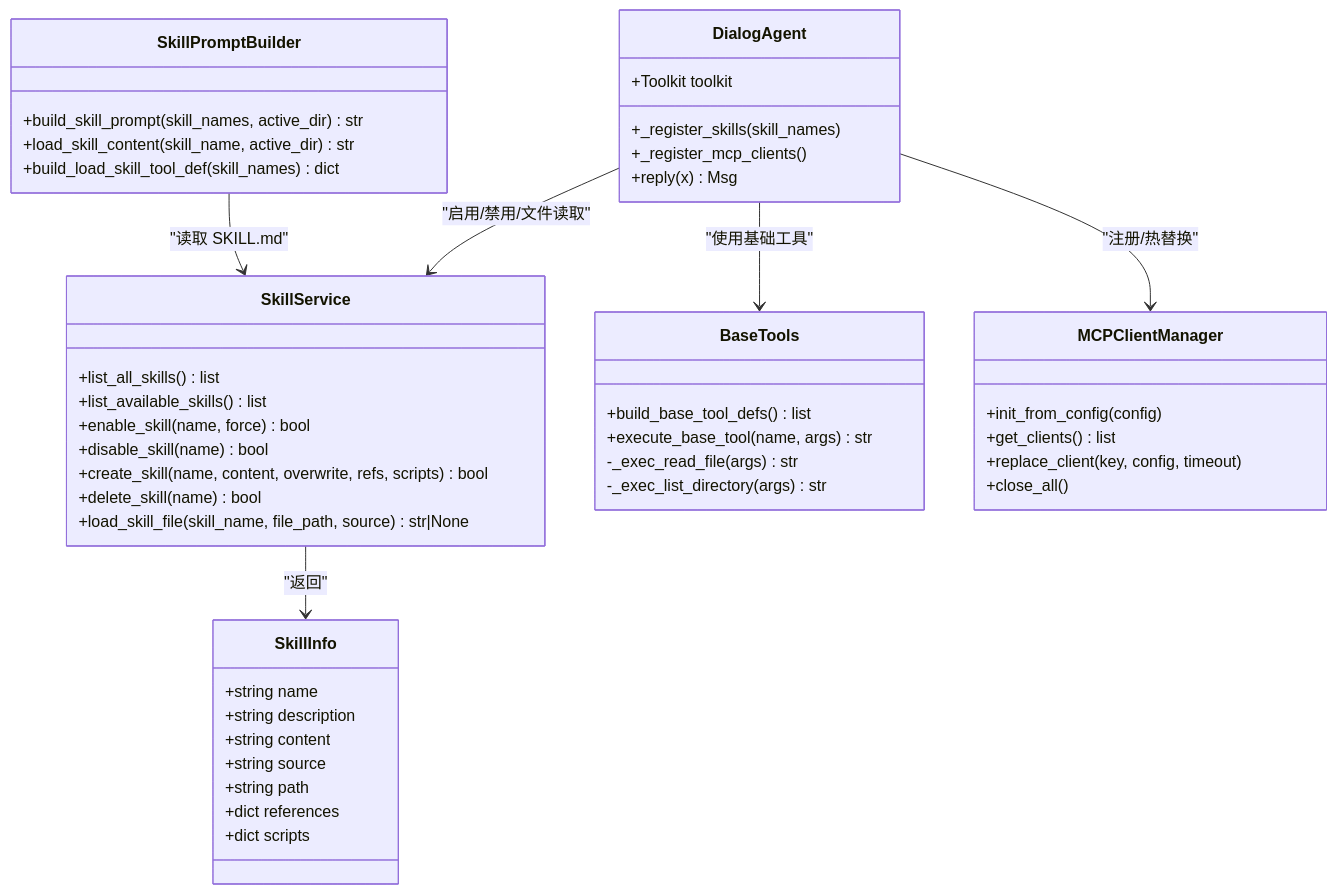
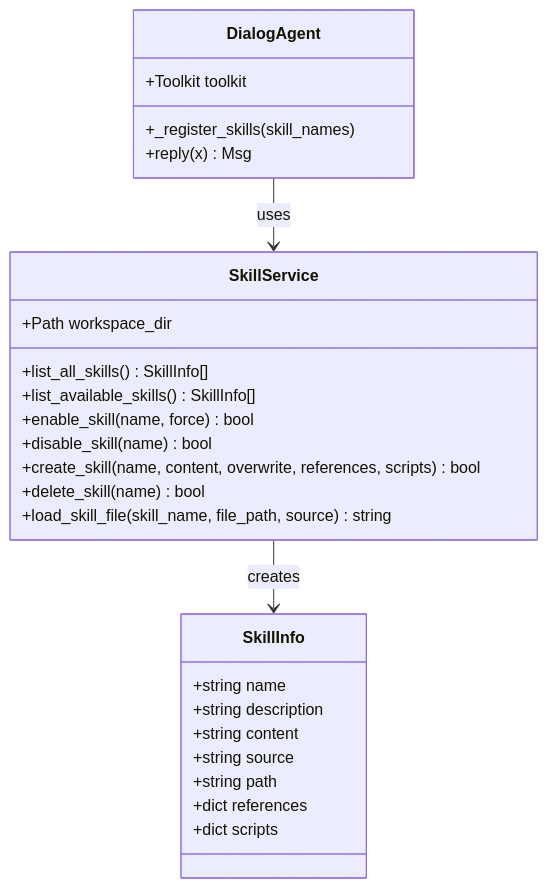
Before and after one commit to KunLabAI/KunFlix: the third of 6 diagrams in .qoder/repowiki/zh/content/AI智能体系统/技能系统.md, drawn with Mermaid. The commit also changed other lines of this file and 13 other files, not shown here.

````diff
--- a/.qoder/repowiki/zh/content/AI智能体系统/技能系统.md
+++ b/.qoder/repowiki/zh/content/AI智能体系统/技能系统.md
@@ -230,49 +133,29 @@
 ```mermaid
 classDiagram
-class SkillService {
-+list_all_skills() list
-+list_available_skills() list
-+enable_skill(name, force) bool
-+disable_skill(name) bool
-+create_skill(name, content, overwrite, refs, scripts) bool
-+delete_skill(name) bool
-+load_skill_file(skill_name, file_path, source) str|None
-}
 class SkillInfo {
 +string name
 +string description
 +string content
 +string source
 +string path
 +dict references
 +dict scripts
 }
-class SkillPromptBuilder {
-+build_skill_prompt(skill_names, active_dir) str
-+load_skill_content(skill_name, active_dir) str
-+build_load_skill_tool_def(skill_names) dict
-}
-class BaseTools {
-+build_base_tool_defs() list
-+execute_base_tool(name, args) str
--_exec_read_file(args) str
--_exec_list_directory(args) str
+class SkillService {
++Path workspace_dir
++list_all_skills() SkillInfo[]
++list_available_skills() SkillInfo[]
++enable_skill(name, force) bool
++disable_skill(name) bool
++create_skill(name, content, overwrite, references, scripts) bool
++delete_skill(name) bool
++load_skill_file(skill_name, file_path, source) string
 }
 class DialogAgent {
 +Toolkit toolkit
 +_register_skills(skill_names)
-+_register_mcp_clients()
 +reply(x) Msg
 }
-class MCPClientManager {
-+init_from_config(config)
-+get_clients() list
-+replace_client(key, config, timeout)
-+close_all()
-}
-SkillService --> SkillInfo : "返回"
-SkillPromptBuilder --> SkillService : "读取 SKILL.md"
-DialogAgent --> SkillService : "启用/禁用/文件读取"
-DialogAgent --> MCPClientManager : "注册/热替换"
-DialogAgent --> BaseTools : "使用基础工具"
+SkillService --> SkillInfo : creates
+DialogAgent --> SkillService : uses
 ```
````
